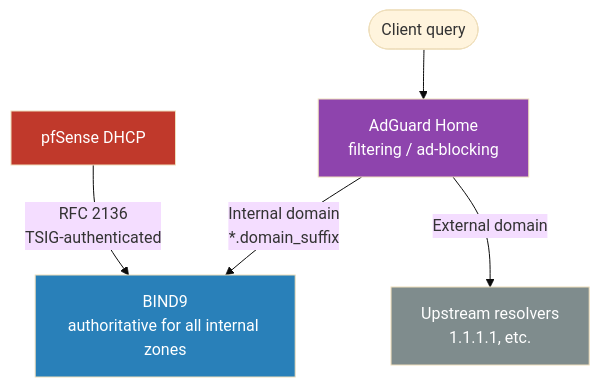
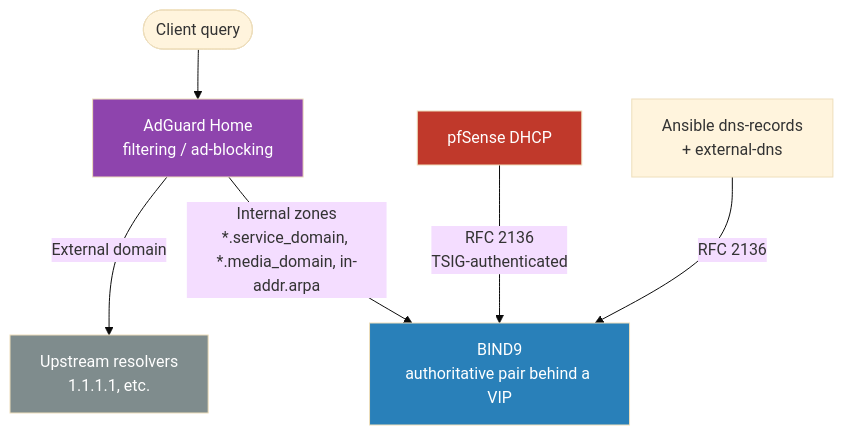
One commit to GoodOlClint/homelab changed the second of 5 diagrams in README.md. Above: the diagram before and after it, drawn with Mermaid (base theme). The commit also changed other lines of this file and 7 other files, not shown here.

First line of the commit message:
docs: P5e landed — .internal retired, P5 COMPLETE; ansible-all skips unifi-user and reaches services.yml

````diff
--- a/README.md
+++ b/README.md
@@ -134,14 +134,15 @@
 ```mermaid
 graph TD
     Client([Client query]) --> AG[AdGuard Home<br/>filtering / ad-blocking]
 
-    AG -->|Internal domain<br/>*.domain_suffix| BIND[BIND9<br/>authoritative for all internal zones]
+    AG -->|Internal zones<br/>*.service_domain, *.media_domain, in-addr.arpa| BIND[BIND9<br/>authoritative pair behind a VIP]
     AG -->|External domain| UP[Upstream resolvers<br/>1.1.1.1, etc.]
 
     PF[pfSense DHCP] -->|RFC 2136<br/>TSIG-authenticated| BIND
+    AN[Ansible dns-records<br/>+ external-dns] -->|RFC 2136| BIND
 
     style AG fill:#8e44ad,color:#fff
     style BIND fill:#2980b9,color:#fff
     style UP fill:#7f8c8d,color:#fff
     style PF fill:#c0392b,color:#fff
 ```
````
